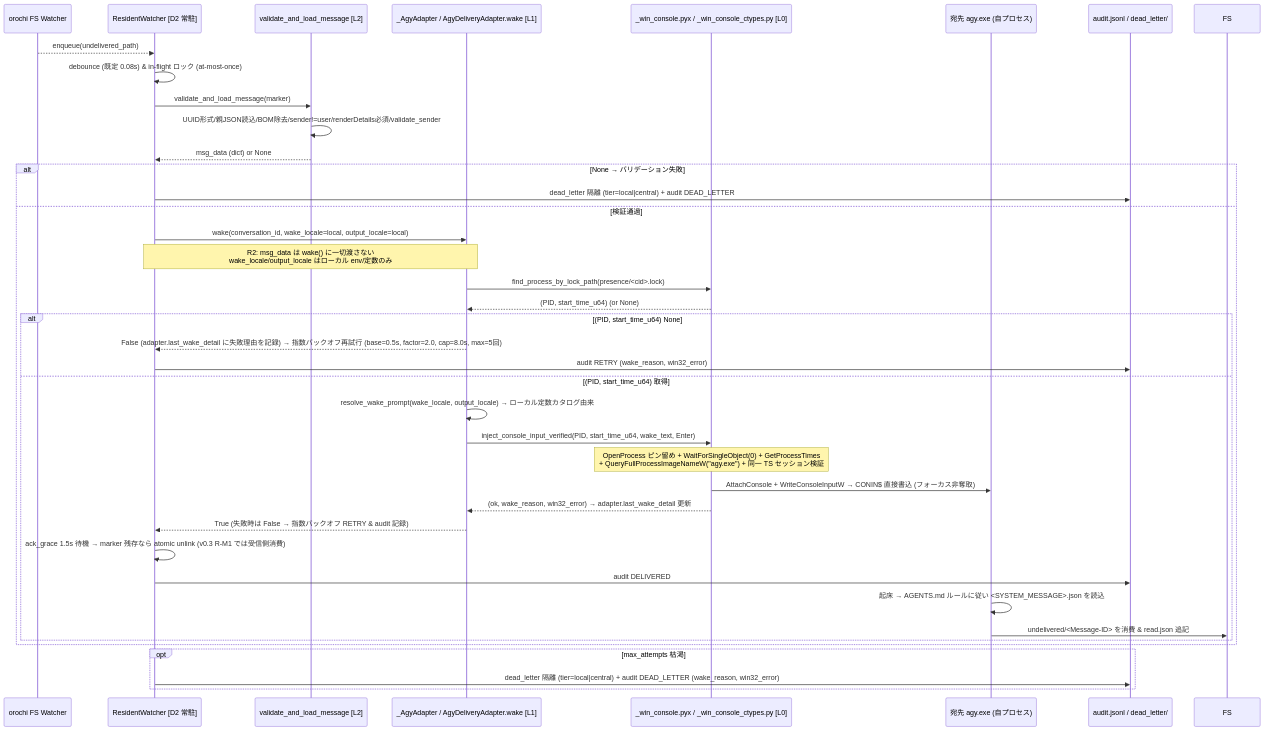
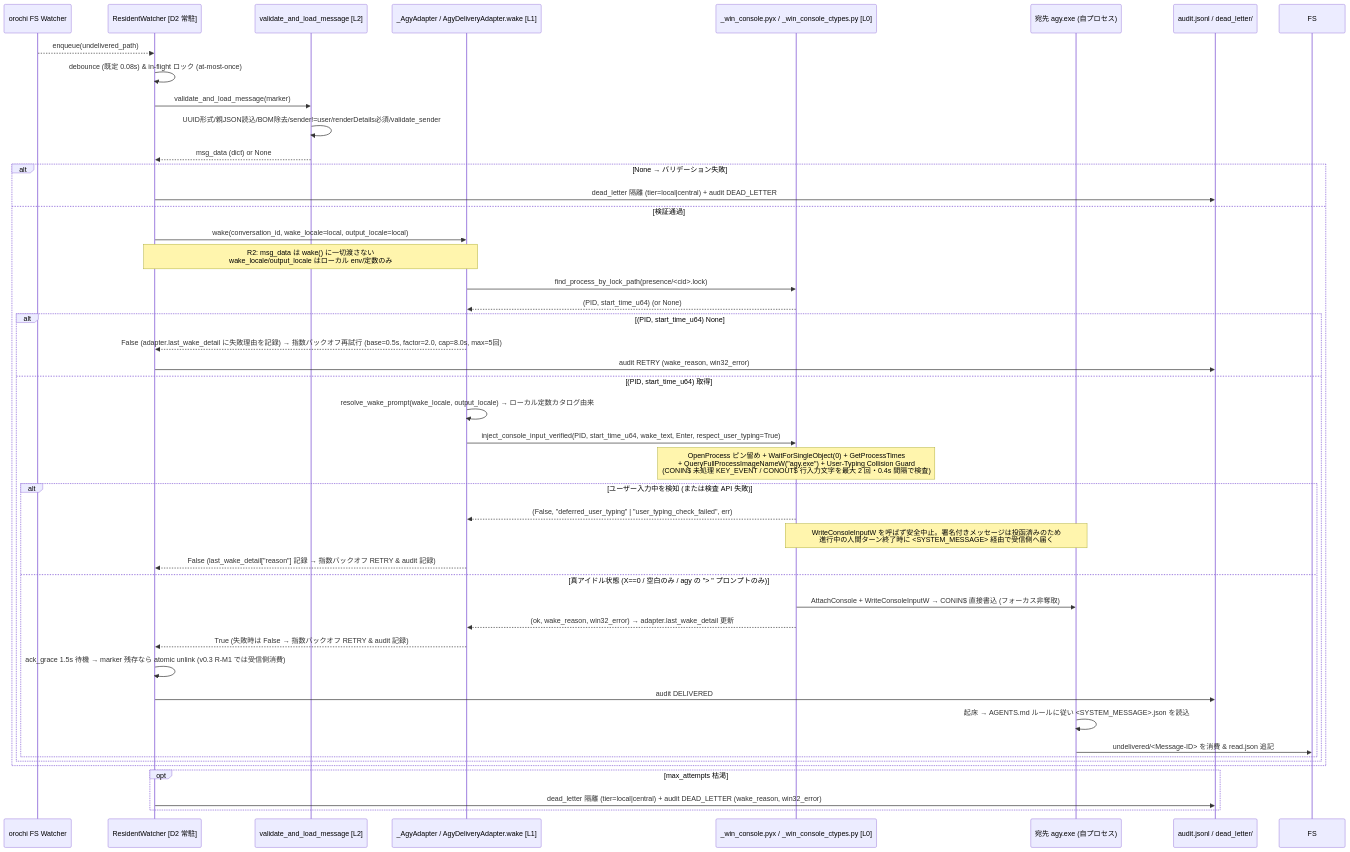
Before and after one commit to Ibusa-T/agentknock: the second of 2 diagrams in docs/WORK_FLOW.md, drawn with Mermaid. The commit also changed other lines of this file and 5 other files, not shown here.

First line of the commit message:
docs: document User-Typing Collision Guard (v0.3.4) in OSS docs

````diff
--- a/docs/WORK_FLOW.md
+++ b/docs/WORK_FLOW.md
@@ -80,42 +80,48 @@
 ```mermaid
 sequenceDiagram
     participant Orochi as orochi FS Watcher
     participant Watcher as ResidentWatcher [D2 常駐]
     participant Validator as validate_and_load_message [L2]
     participant Adapter as _AgyAdapter / AgyDeliveryAdapter.wake [L1]
     participant Win as _win_console.pyx / _win_console_ctypes.py [L0]
     participant Target as 宛先 agy.exe (自プロセス)
     participant Audit as audit.jsonl / dead_letter/
 
     Orochi-->>Watcher: enqueue(undelivered_path)  # heapq スケジューラ
     Watcher->>Watcher: debounce (既定 0.08s) & in-flight ロック (at-most-once)
     Watcher->>Validator: validate_and_load_message(marker)
     Validator->>Validator: UUID形式/親JSON読込/BOM除去/sender!=user/renderDetails必須/validate_sender
     Validator-->>Watcher: msg_data (dict) or None
     alt None → バリデーション失敗
         Watcher->>Audit: dead_letter 隔離 (tier=local|central) + audit DEAD_LETTER
     else 検証通過
         Watcher->>Adapter: wake(conversation_id, wake_locale=local, output_locale=local)
         Note over Watcher,Adapter: R2: msg_data は wake() に一切渡さない<br/>wake_locale/output_locale はローカル env/定数のみ
         Adapter->>Win: find_process_by_lock_path(presence/<cid>.lock)
         Win-->>Adapter: (PID, start_time_u64) (or None)
         alt (PID, start_time_u64) None
             Adapter-->>Watcher: False (adapter.last_wake_detail に失敗理由を記録) → 指数バックオフ再試行 (base=0.5s, factor=2.0, cap=8.0s, max=5回)
             Watcher->>Audit: audit RETRY (wake_reason, win32_error)
         else (PID, start_time_u64) 取得
             Adapter->>Adapter: resolve_wake_prompt(wake_locale, output_locale) → ローカル定数カタログ由来
-            Adapter->>Win: inject_console_input_verified(PID, start_time_u64, wake_text, Enter)
-            Note over Win: OpenProcess ピン留め + WaitForSingleObject(0) + GetProcessTimes<br/>+ QueryFullProcessImageNameW("agy.exe") + 同一 TS セッション検証
-            Win->>Target: AttachConsole + WriteConsoleInputW → CONIN$ 直接書込 (フォーカス非奪取)
-            Win-->>Adapter: (ok, wake_reason, win32_error) → adapter.last_wake_detail 更新
-            Adapter-->>Watcher: True (失敗時は False → 指数バックオフ RETRY & audit 記録)
-            Watcher->>Watcher: ack_grace 1.5s 待機 → marker 残存なら atomic unlink (v0.3 R-M1 では受信側消費)
-            Watcher->>Audit: audit DELIVERED
-            Target->>Target: 起床 → AGENTS.md ルールに従い <SYSTEM_MESSAGE>.json を読込
-            Target->>FS: undelivered/<Message-ID> を消費 & read.json 追記
+            Adapter->>Win: inject_console_input_verified(PID, start_time_u64, wake_text, Enter, respect_user_typing=True)
+            Note over Win: OpenProcess ピン留め + WaitForSingleObject(0) + GetProcessTimes<br/>+ QueryFullProcessImageNameW("agy.exe") + User-Typing Collision Guard<br/>(CONIN$ 未処理 KEY_EVENT / CONOUT$ 行入力文字を最大 2 回・0.4s 間隔で検査)
+            alt ユーザー入力中を検知 (または検査 API 失敗)
+                Win-->>Adapter: (False, "deferred_user_typing" | "user_typing_check_failed", err)
+                Note over Win,Target: WriteConsoleInputW を呼ばず安全中止。署名付きメッセージは投函済みのため<br/>進行中の人間ターン終了時に <SYSTEM_MESSAGE> 経由で受信側へ届く
+                Adapter-->>Watcher: False (last_wake_detail["reason"] 記録 → 指数バックオフ RETRY & audit 記録)
+            else 真アイドル状態 (X==0 / 空白のみ / agy の "> " プロンプトのみ)
+                Win->>Target: AttachConsole + WriteConsoleInputW → CONIN$ 直接書込 (フォーカス非奪取)
+                Win-->>Adapter: (ok, wake_reason, win32_error) → adapter.last_wake_detail 更新
+                Adapter-->>Watcher: True (失敗時は False → 指数バックオフ RETRY & audit 記録)
+                Watcher->>Watcher: ack_grace 1.5s 待機 → marker 残存なら atomic unlink (v0.3 R-M1 では受信側消費)
+                Watcher->>Audit: audit DELIVERED
+                Target->>Target: 起床 → AGENTS.md ルールに従い <SYSTEM_MESSAGE>.json を読込
+                Target->>FS: undelivered/<Message-ID> を消費 & read.json 追記
+            end
         end
     end
     opt max_attempts 枯渇
         Watcher->>Audit: dead_letter 隔離 (tier=local|central) + audit DEAD_LETTER (wake_reason, win32_error)
     end
 ```
````
